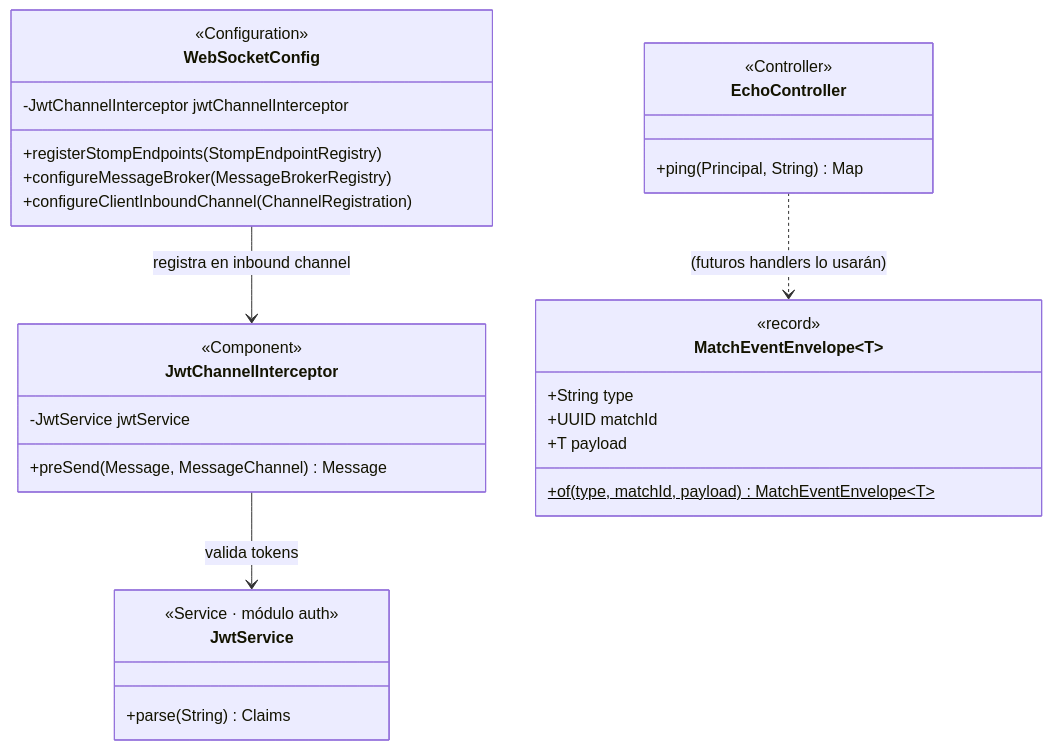
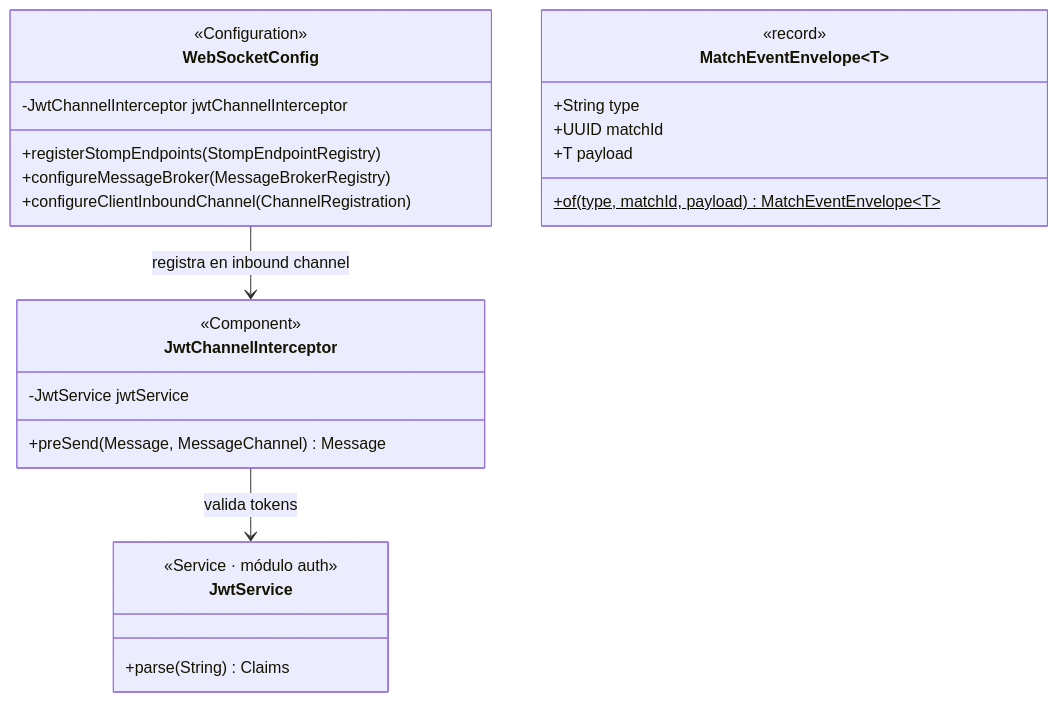
The second of 2 diagrams in docs/backend/modules/websocket.md (ualbrl973/versus2026), drawn with Mermaid before and after one commit. The commit also changed other lines of this file and 12 other files, not shown here.

````diff
--- a/docs/backend/modules/websocket.md
+++ b/docs/backend/modules/websocket.md
@@ -59,41 +62,34 @@
 ```mermaid
 classDiagram
     class WebSocketConfig {
         <<Configuration>>
         <<EnableWebSocketMessageBroker>>
         -JwtChannelInterceptor jwtChannelInterceptor
         +registerStompEndpoints(StompEndpointRegistry)
         +configureMessageBroker(MessageBrokerRegistry)
         +configureClientInboundChannel(ChannelRegistration)
     }
 
     class JwtChannelInterceptor {
         <<Component>>
         <<ChannelInterceptor>>
         -JwtService jwtService
         +preSend(Message, MessageChannel) Message
     }
 
     class MatchEventEnvelope~T~ {
         <<record>>
         +String type
         +UUID matchId
         +T payload
         +of(type, matchId, payload)$ MatchEventEnvelope~T~
     }
 
-    class EchoController {
-        <<Controller>>
-        <<TODO: borrar al cerrar PR #90>>
-        +ping(Principal, String) Map
-    }
-
     class JwtService {
         <<Service · módulo auth>>
         +parse(String) Claims
     }
 
     WebSocketConfig --> JwtChannelInterceptor : registra en inbound channel
     JwtChannelInterceptor --> JwtService : valida tokens
-    EchoController ..> MatchEventEnvelope : (futuros handlers lo usarán)
 ```
````
